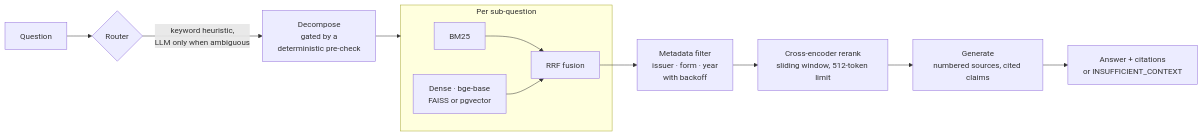
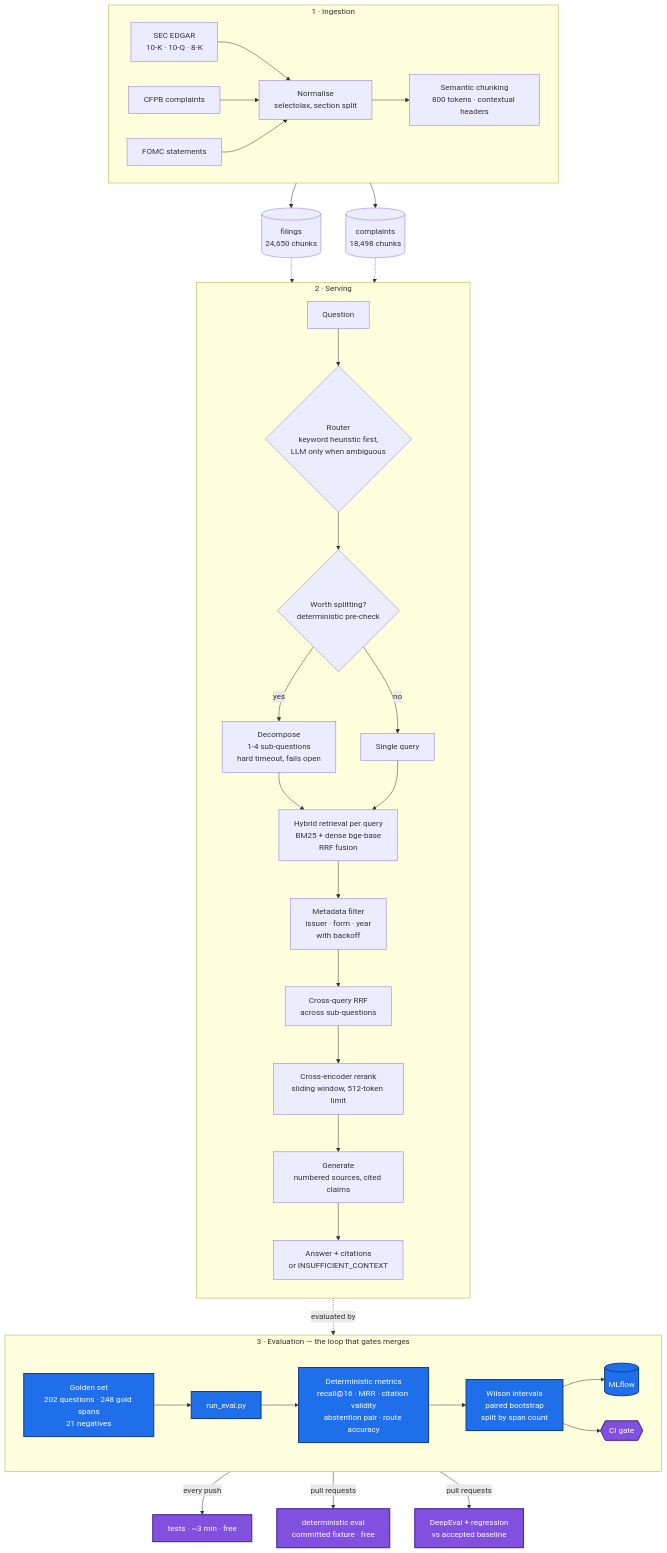
Before and after one commit to omvyas77/finhelm: the diagram in README.md, drawn with Mermaid. The commit also changed other lines of this file, not shown here.

````diff
--- a/README.md
+++ b/README.md
@@ -95,14 +140,51 @@
 ```mermaid
-flowchart LR
-    Q[Question] --> R{Router}
-    R -->|keyword heuristic,<br/>LLM only when ambiguous| D[Decompose<br/>gated by a<br/>deterministic pre-check]
-    D --> H
-    subgraph H [Per sub-question]
-        BM[BM25] --> F[RRF fusion]
-        DE[Dense · bge-base<br/>FAISS or pgvector] --> F
+flowchart TB
+    subgraph ING [" 1 · Ingestion "]
+        direction LR
+        SEC[SEC EDGAR<br/>10-K · 10-Q · 8-K] --> NORM[Normalise<br/>selectolax, section split]
+        CFPB[CFPB complaints] --> NORM
+        FOMC[FOMC statements] --> NORM
+        NORM --> CH[Semantic chunking<br/>800 tokens · contextual headers]
     end
-    F --> MF[Metadata filter<br/>issuer · form · year<br/>with backoff]
-    MF --> RR[Cross-encoder rerank<br/>sliding window, 512-token limit]
-    RR --> G[Generate<br/>numbered sources, cited claims]
-    G --> A[Answer + citations<br/>or INSUFFICIENT_CONTEXT]
+
+    CH --> COLF[(filings<br/>24,650 chunks)]
+    CH --> COLC[(complaints<br/>18,498 chunks)]
+
+    subgraph SERVE [" 2 · Serving "]
+        direction TB
+        Q[Question] --> RT{Router<br/>keyword heuristic first,<br/>LLM only when ambiguous}
+        RT --> AG{Worth splitting?<br/>deterministic pre-check}
+        AG -->|yes| DEC[Decompose<br/>1-4 sub-questions<br/>hard timeout, fails open]
+        AG -->|no| SQ[Single query]
+        DEC --> RET
+        SQ --> RET
+        RET[Hybrid retrieval per query<br/>BM25 + dense bge-base<br/>RRF fusion]
+        RET --> MF[Metadata filter<br/>issuer · form · year<br/>with backoff]
+        MF --> XQ[Cross-query RRF<br/>across sub-questions]
+        XQ --> RR[Cross-encoder rerank<br/>sliding window, 512-token limit]
+        RR --> GEN[Generate<br/>numbered sources, cited claims]
+        GEN --> ANS[Answer + citations<br/>or INSUFFICIENT_CONTEXT]
+    end
+
+    COLF -.-> RET
+    COLC -.-> RET
+
+    subgraph EVAL [" 3 · Evaluation — the loop that gates merges "]
+        direction LR
+        GOLD[Golden set<br/>202 questions · 248 gold spans<br/>21 negatives] --> RUN[run_eval.py]
+        RUN --> DET[Deterministic metrics<br/>recall@16 · MRR · citation validity<br/>abstention pair · route accuracy]
+        DET --> STAT[Wilson intervals<br/>paired bootstrap<br/>split by span count]
+        STAT --> ML[(MLflow)]
+        STAT --> GATE{{CI gate}}
+    end
+
+    ANS -.evaluated by.-> RUN
+    GATE -->|every push| T1[tests · ~3 min · free]
+    GATE -->|pull requests| T2[deterministic eval<br/>committed fixture · free]
+    GATE -->|pull requests| T3[DeepEval + regression<br/>vs accepted baseline]
+
+    classDef evalNode fill:#1f6feb,stroke:#0b3d91,color:#ffffff,stroke-width:2px
+    classDef gateNode fill:#8250df,stroke:#4c1d95,color:#ffffff,stroke-width:2px
+    class GOLD,RUN,DET,STAT,ML evalNode
+    class GATE,T1,T2,T3 gateNode
 ```
````
